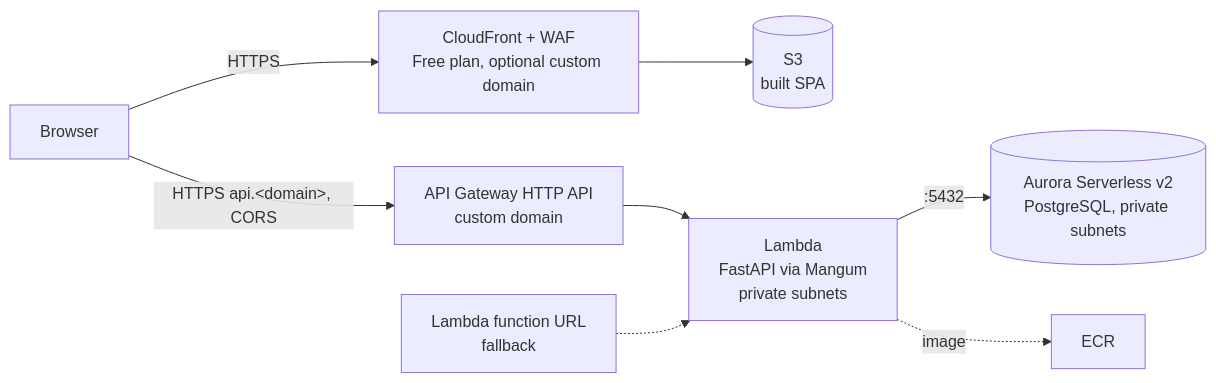
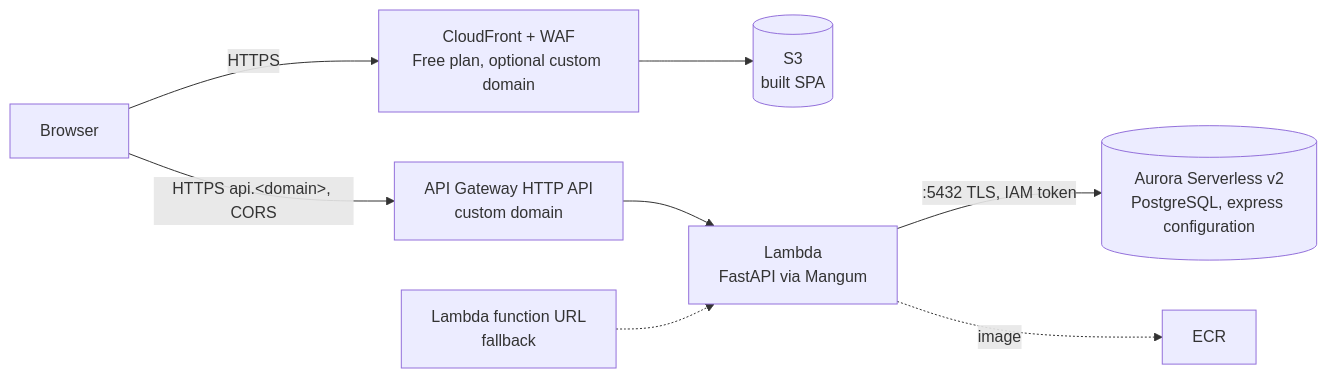
One commit to MasterDay3/OneTwoThree changed the diagram in README.md. Above: the diagram before and after it, drawn with Mermaid. The commit also changed other lines of this file and 10 other files, not shown here.

Commit message:
feat(infra): run Aurora with express configuration and IAM sign-in so the backend deploys on the AWS Free plan

````diff
--- a/README.md
+++ b/README.md
@@ -130,10 +131,10 @@
 ```mermaid
 flowchart LR
     B[Browser] -->|HTTPS| CF[CloudFront + WAF<br/>Free plan, optional custom domain]
     CF --> S3[(S3<br/>built SPA)]
     B -->|HTTPS api.&lt;domain&gt;, CORS| APIGW[API Gateway HTTP API<br/>custom domain]
-    APIGW --> L[Lambda<br/>FastAPI via Mangum<br/>private subnets]
+    APIGW --> L[Lambda<br/>FastAPI via Mangum]
     URL[Lambda function URL<br/>fallback] -.-> L
-    L -->|:5432| DB[(Aurora Serverless v2<br/>PostgreSQL, private subnets)]
+    L -->|:5432 TLS, IAM token| DB[(Aurora Serverless v2<br/>PostgreSQL, express configuration)]
     L -. image .-> ECR[ECR]
 ```
````
